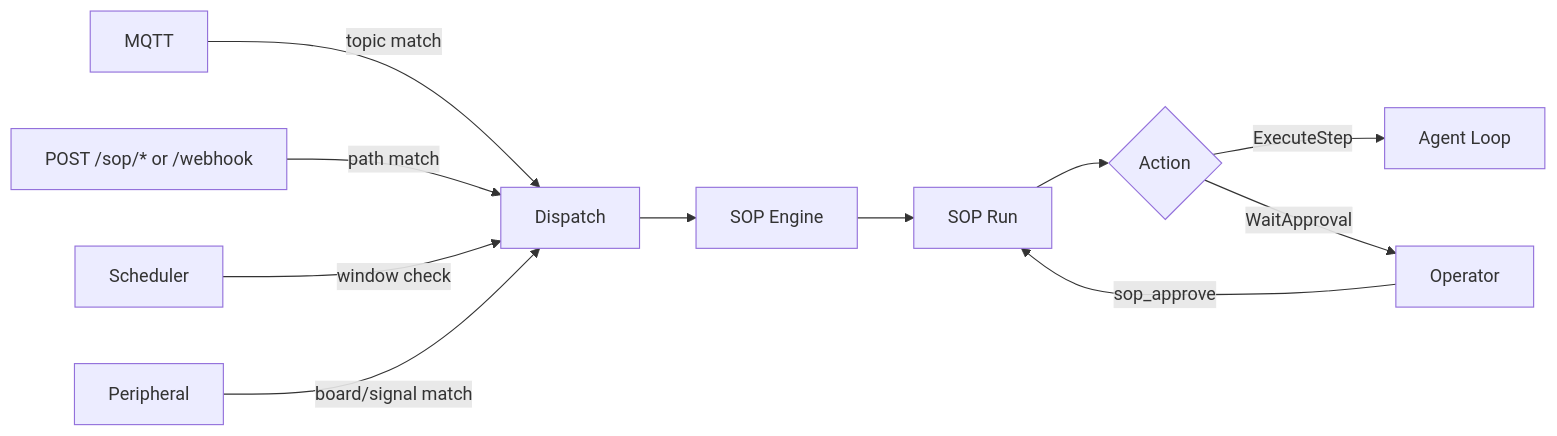
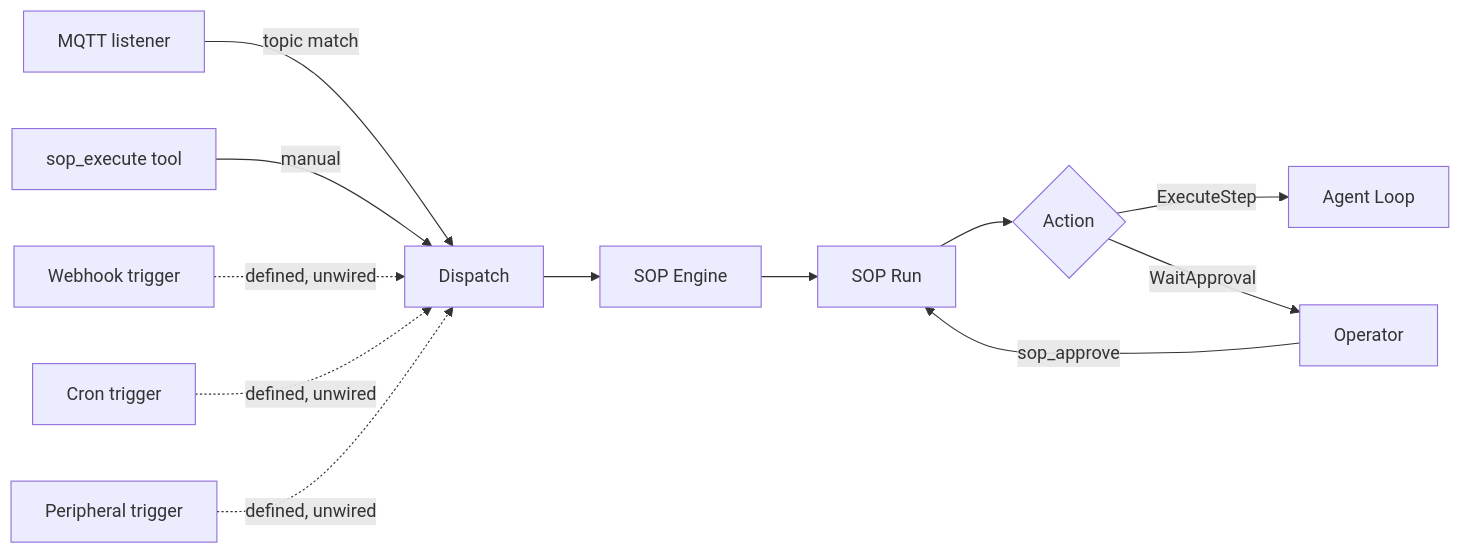
Before and after one commit to zeroclaw-labs/zeroclaw: the diagram in docs/book/src/sop/how-it-works.md, drawn with Mermaid. The commit also changed other lines of this file and 41 other files, not shown here.

````diff
--- a/docs/book/src/sop/how-it-works.md
+++ b/docs/book/src/sop/how-it-works.md
@@ -13,14 +13,15 @@
 ```mermaid
 graph LR
-    MQTT[MQTT] -->|topic match| Dispatch
-    WH[POST /sop/* or /webhook] -->|path match| Dispatch
-    CRON[Scheduler] -->|window check| Dispatch
-    GPIO[Peripheral] -->|board/signal match| Dispatch
+    MQTT[MQTT listener] -->|topic match| Dispatch
+    TOOL[sop_execute tool] -->|manual| Dispatch
+    WH[Webhook trigger] -.->|defined, unwired| Dispatch
+    CRON[Cron trigger] -.->|defined, unwired| Dispatch
+    GPIO[Peripheral trigger] -.->|defined, unwired| Dispatch
 
     Dispatch --> Engine[SOP Engine]
     Engine --> Run[SOP Run]
     Run --> Action{Action}
     Action -->|ExecuteStep| Agent[Agent Loop]
     Action -->|WaitApproval| Human[Operator]
     Human -->|sop_approve| Run
 ```
````
